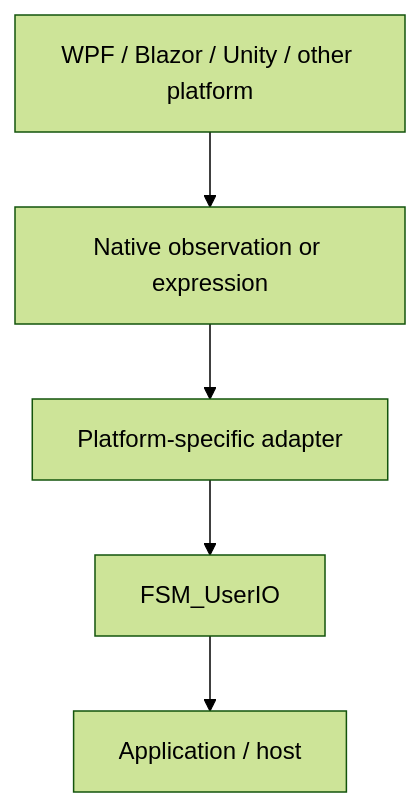
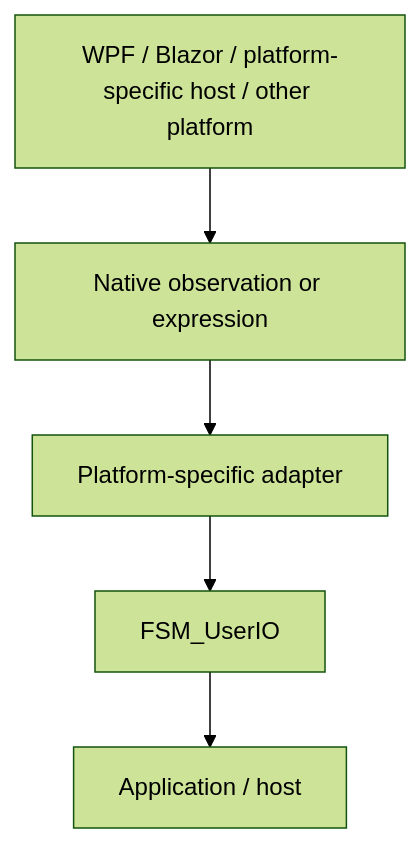
One commit to TrentBest/FSM_UserIO changed the fourth of 5 diagrams in README.md. Above: the diagram before and after it, drawn with Mermaid (forest theme). The commit also changed other lines of this file, not shown here.

Commit message:
docs: add FSM_UserIO quick start and remove deprecated platform references

````diff
--- a/README.md
+++ b/README.md
@@ -145,7 +201,7 @@
 ```mermaid
 flowchart TB
-    W["WPF / Blazor / Unity / other platform"] --> N["Native observation or expression"]
+    W["WPF / Blazor / platform-specific host / other platform"] --> N["Native observation or expression"]
     N --> A["Platform-specific adapter"]
     A --> U["FSM_UserIO"]
     U --> H["Application / host"]
 ```
````
